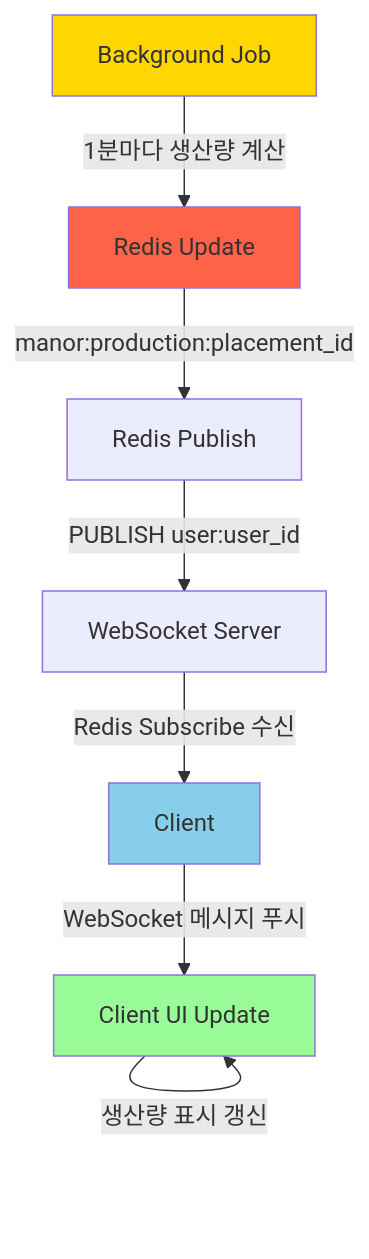
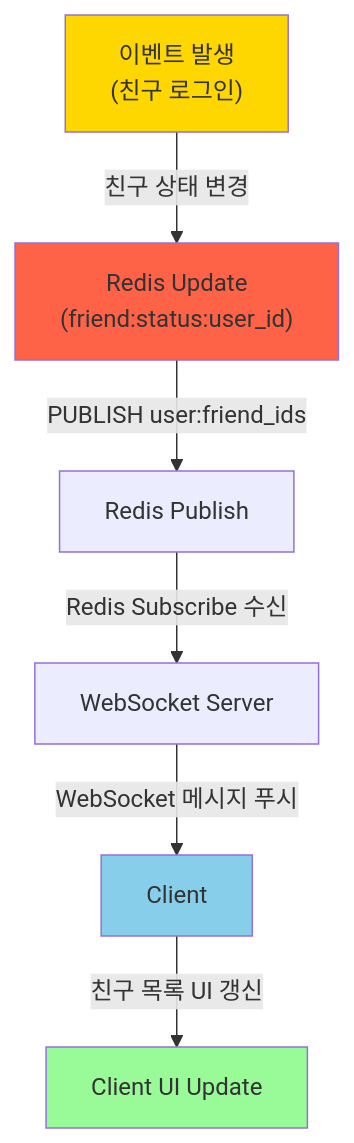
Before and after one commit to Bo-sung/FantasyDeffence_Docs: the fourth of 7 diagrams in 시스템/서버 아키텍처.md, drawn with Mermaid. The commit also changed other lines of this file and 5 other files, not shown here.

````diff
--- a/시스템/서버 아키텍처.md
+++ b/시스템/서버 아키텍처.md
@@ -246,21 +243,20 @@
 ```mermaid
 graph TD
-    Job["Background Job"]
-    RedisUpdate["Redis Update"]
+    Event["이벤트 발생<br/>(친구 로그인)"]
+    RedisUpdate["Redis Update<br/>(friend:status:user_id)"]
     Publish["Redis Publish"]
     WSServer["WebSocket Server"]
     Client["Client"]
     UI["Client UI Update"]
 
-    Job -->|"1분마다 생산량 계산"| RedisUpdate
-    RedisUpdate -->|"manor:production:placement_id"| Publish
-    Publish -->|"PUBLISH user:user_id"| WSServer
-    WSServer -->|"Redis Subscribe 수신"| Client
-    Client -->|"WebSocket 메시지 푸시"| UI
-    UI -->|"생산량 표시 갱신"| UI
+    Event -->|"친구 상태 변경"| RedisUpdate
+    RedisUpdate -->|"PUBLISH user:friend_ids"| Publish
+    Publish -->|"Redis Subscribe 수신"| WSServer
+    WSServer -->|"WebSocket 메시지 푸시"| Client
+    Client -->|"친구 목록 UI 갱신"| UI
 
-    style Job fill:#FFD700
+    style Event fill:#FFD700
     style RedisUpdate fill:#FF6347
     style Client fill:#87CEEB
     style UI fill:#98FB98
 ```
````
